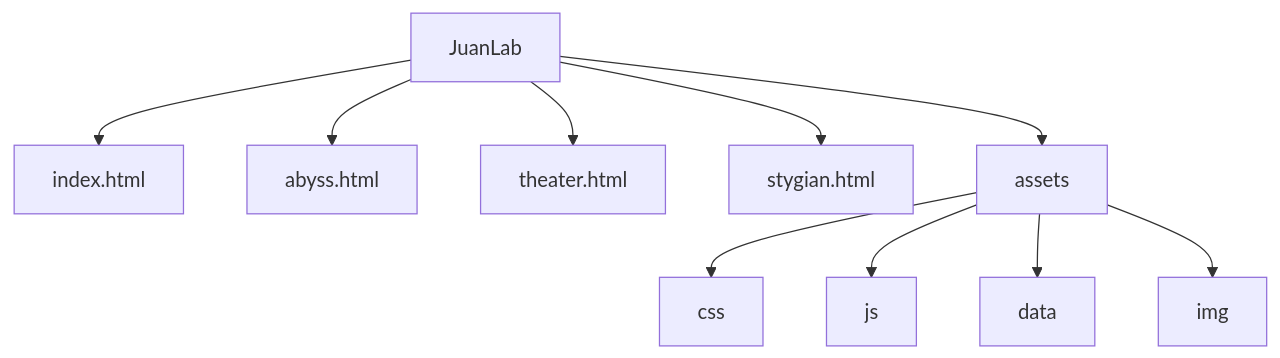
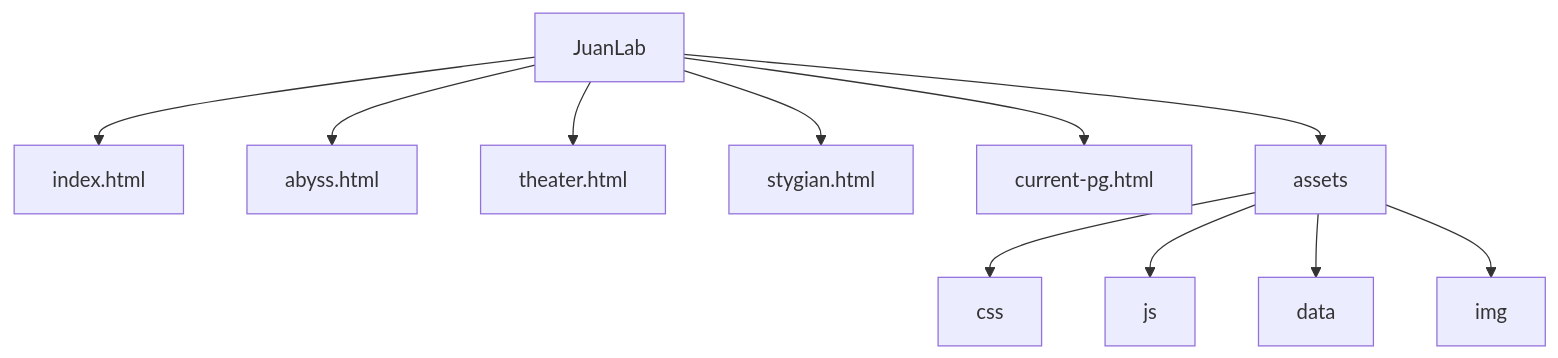
One commit to Gianni0177/JuanLab changed the diagram in README.md. Above: the diagram before and after it, drawn with Mermaid. The commit also changed other lines of this file, not shown here.

````diff
--- a/README.md
+++ b/README.md
@@ -27,12 +29,13 @@
 ```mermaid
 flowchart TD
     A[JuanLab] --> B[index.html]
     A --> C[abyss.html]
     A --> D[theater.html]
     A --> E[stygian.html]
-    A --> F[assets]
-    F --> G[css]
-    F --> H[js]
-    F --> I[data]
-    F --> J[img]
+    A --> F[current-pg.html]
+    A --> G[assets]
+    G --> H[css]
+    G --> I[js]
+    G --> J[data]
+    G --> K[img]
 ```
````
